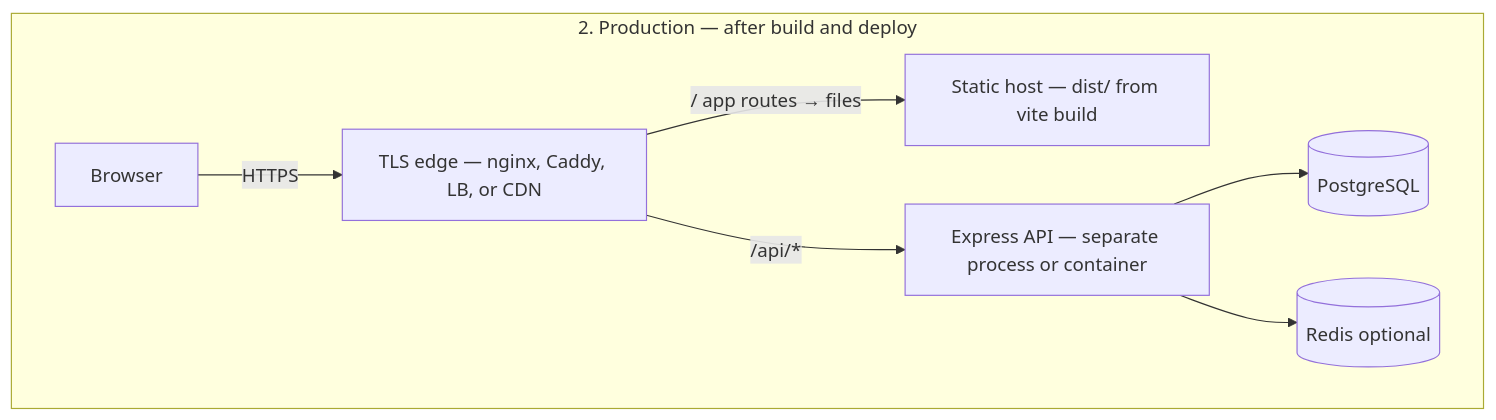
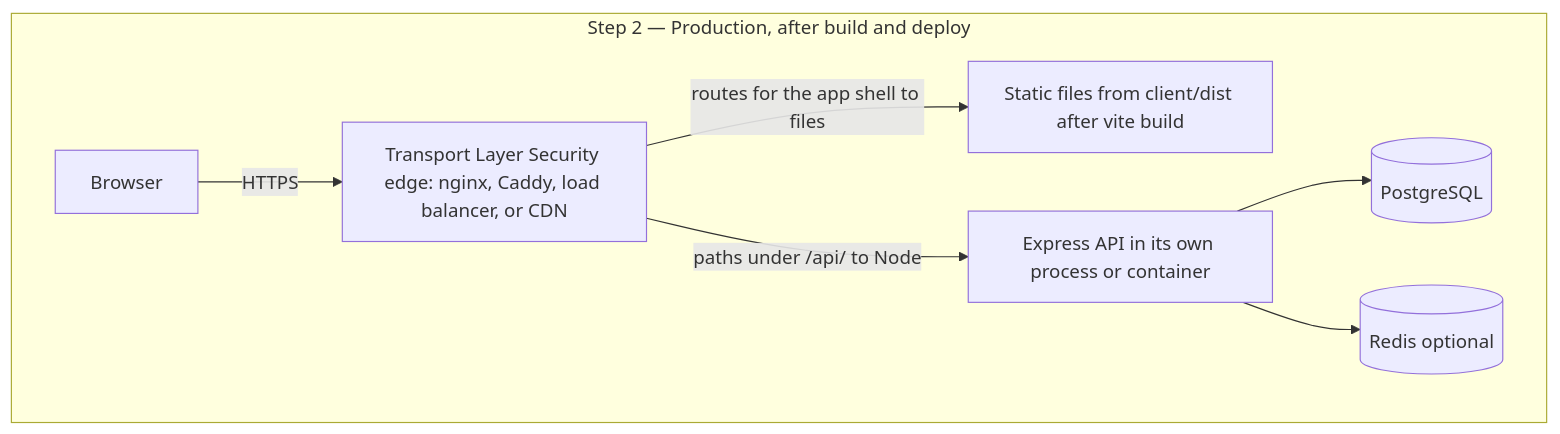
Before and after one commit to becomeonewiththecode/expense_tracker: the fourth of 10 diagrams in docs/ARCHITECTURE_DIAGRAM.md, drawn with Mermaid. The commit also changed other lines of this file and 6 other files, not shown here.

````diff
--- a/docs/ARCHITECTURE_DIAGRAM.md
+++ b/docs/ARCHITECTURE_DIAGRAM.md
@@ -86,17 +92,17 @@
 ```mermaid
 flowchart TB
-  subgraph prod [2. Production — after build and deploy]
+  subgraph prod [Step 2 — Production, after build and deploy]
     BP[Browser]
-    EDGE["TLS edge — nginx, Caddy, LB, or CDN"]
-    STATIC["Static host — dist/ from vite build"]
-    AP["Express API — separate process or container"]
+    EDGE["Transport Layer Security edge: nginx, Caddy, load balancer, or CDN"]
+    STATIC["Static files from client/dist after vite build"]
+    AP["Express API in its own process or container"]
     PGP[(PostgreSQL)]
     RDP[(Redis optional)]
 
     BP -->|HTTPS| EDGE
-    EDGE -->|"/" app routes → files| STATIC
-    EDGE -->|"/api/*"| AP
+    EDGE -->|routes for the app shell to files| STATIC
+    EDGE -->|paths under /api/ to Node| AP
     AP --> PGP
     AP --> RDP
   end
 ```
````
